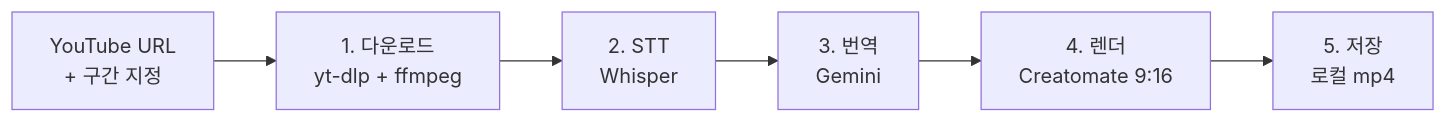
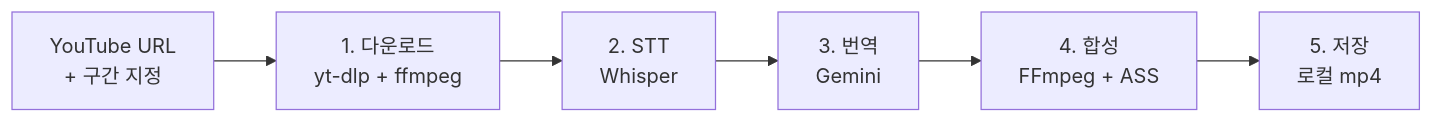
Before and after one commit to ezleeji38-lgtm/youtubeshorts: the diagram in README.md, drawn with Mermaid. The commit also changed other lines of this file and 6 other files, not shown here.

First line of the commit message:
V0.2 #1: Creatomate 제거, 로컬 FFmpeg + ASS 자막 합성으로 전환

````diff
--- a/README.md
+++ b/README.md
@@ -33,8 +33,8 @@
 ```mermaid
 flowchart LR
     A[YouTube URL<br/>+ 구간 지정] --> B[1. 다운로드<br/>yt-dlp + ffmpeg]
     B --> C[2. STT<br/>Whisper]
     C --> D[3. 번역<br/>Gemini]
-    D --> E[4. 렌더<br/>Creatomate 9:16]
+    D --> E[4. 합성<br/>FFmpeg + ASS]
     E --> F[5. 저장<br/>로컬 mp4]
 ```
````
